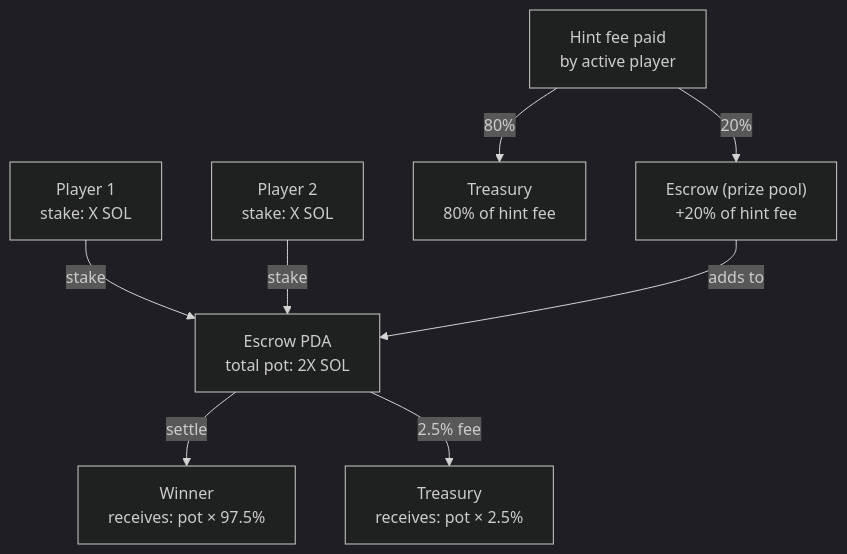
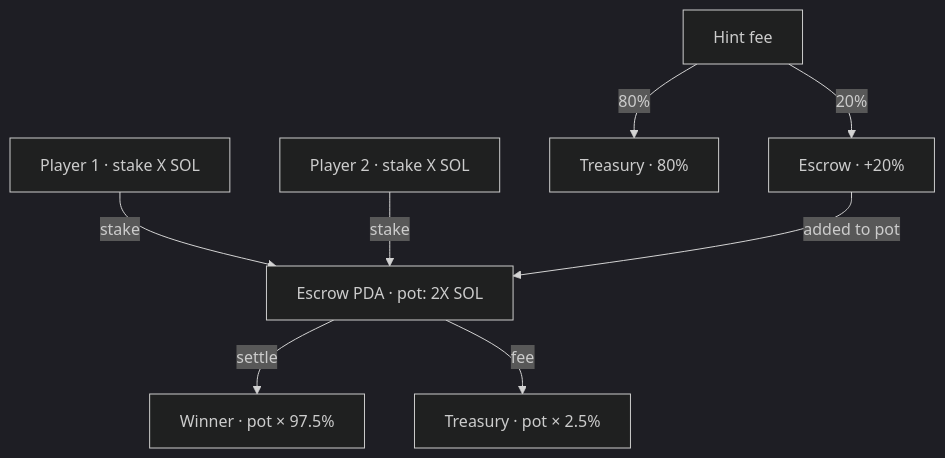
The second of 2 diagrams in docs/HACKATHON.md (im-f-nuel/MinDDuel), drawn with Mermaid (dark theme) before and after one commit. The commit also changed other lines of this file and 6 other files, not shown here.

````diff
--- a/docs/HACKATHON.md
+++ b/docs/HACKATHON.md
@@ -167,19 +184,19 @@
 ```mermaid
 flowchart TD
-    P1["Player 1\nstake: X SOL"]
-    P2["Player 2\nstake: X SOL"]
-    ESC["Escrow PDA\ntotal pot: 2X SOL"]
-    WINNER["Winner\nreceives: pot × 97.5%"]
-    TREASURY["Treasury\nreceives: pot × 2.5%"]
-    HINT["Hint fee paid\nby active player"]
-    TR80["Treasury\n80% of hint fee"]
-    POT20["Escrow (prize pool)\n+20% of hint fee"]
+    P1["Player 1 · stake X SOL"]
+    P2["Player 2 · stake X SOL"]
+    ESC["Escrow PDA · pot: 2X SOL"]
+    WIN["Winner · pot × 97.5%"]
+    FEE["Treasury · pot × 2.5%"]
+    HINT["Hint fee"]
+    T80["Treasury · 80%"]
+    POT20["Escrow · +20%"]
 
     P1 -->|"stake"| ESC
     P2 -->|"stake"| ESC
-    ESC -->|"settle"| WINNER
-    ESC -->|"2.5% fee"| TREASURY
-    HINT -->|"80%"| TR80
+    ESC -->|"settle"| WIN
+    ESC -->|"fee"| FEE
+    HINT -->|"80%"| T80
     HINT -->|"20%"| POT20
-    POT20 -->|"adds to"| ESC
+    POT20 -->|"added to pot"| ESC
 ```
````
